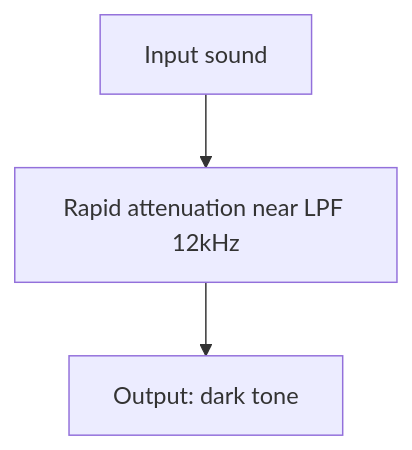
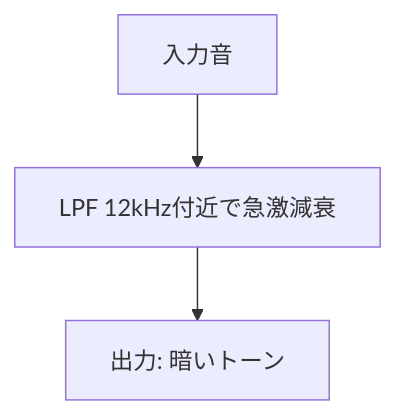
Diagram 16 of 21 in en/_posts/2025-11-20-column-akai-mpc-60-emu-sp1200.md (monumental-movement/monumental-movement.github.io), drawn with Mermaid before and after one commit. The commit also changed other lines of this file and 2196 other files, not shown here.

```diff
--- a/en/_posts/2025-11-20-column-akai-mpc-60-emu-sp1200.md
+++ b/en/_posts/2025-11-20-column-akai-mpc-60-emu-sp1200.md
@@ -449,7 +449,7 @@
 <div class="mermaid">
     
 flowchart TD
-    A["Input sound"] --> B["Rapid attenuation near LPF 12kHz"]
-    B --> C["Output: dark tone"]
+    A["入力音"] --> B["LPF 12kHz付近で急激減衰"]
+    B --> C["出力: 暗いトーン"]
 
 </div> 
```
